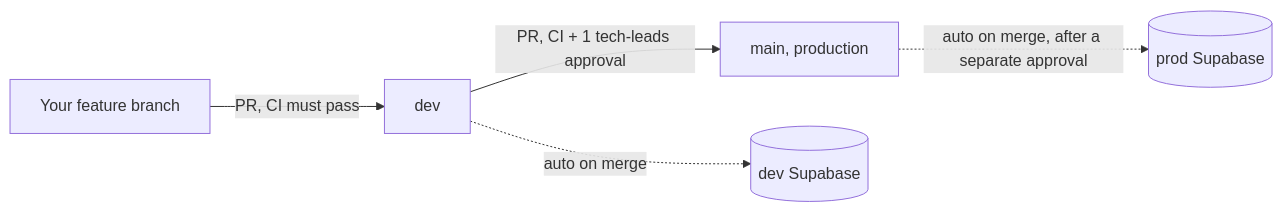
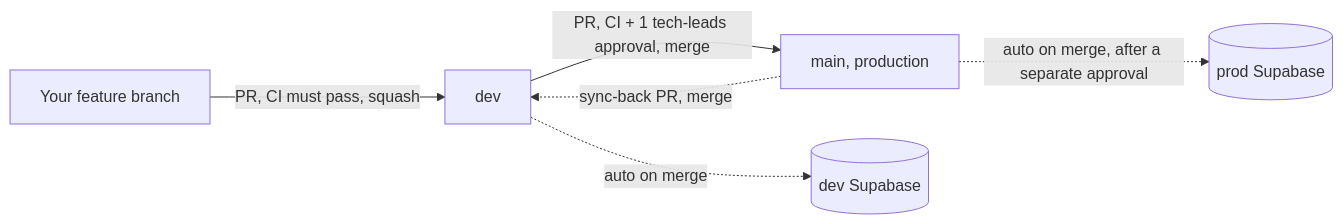
The diagram in CONTRIBUTING.md (inspirecolumbia/ic-website), drawn with Mermaid before and after one commit. The commit also changed other lines of this file, not shown here.

Commit message:
document merge method convention and main-to-dev sync-back step

````diff
--- a/CONTRIBUTING.md
+++ b/CONTRIBUTING.md
@@ -37,7 +37,8 @@
 ```mermaid
 flowchart LR
-    A[Your feature branch] -->|PR, CI must pass| B[dev]
-    B -->|PR, CI + 1 tech-leads approval| C[main, production]
+    A[Your feature branch] -->|PR, CI must pass, squash| B[dev]
+    B -->|PR, CI + 1 tech-leads approval, merge| C[main, production]
+    C -.->|sync-back PR, merge| B
     B -.->|auto on merge| D[(dev Supabase)]
     C -.->|auto on merge, after a separate approval| E[(prod Supabase)]
 ```
````
